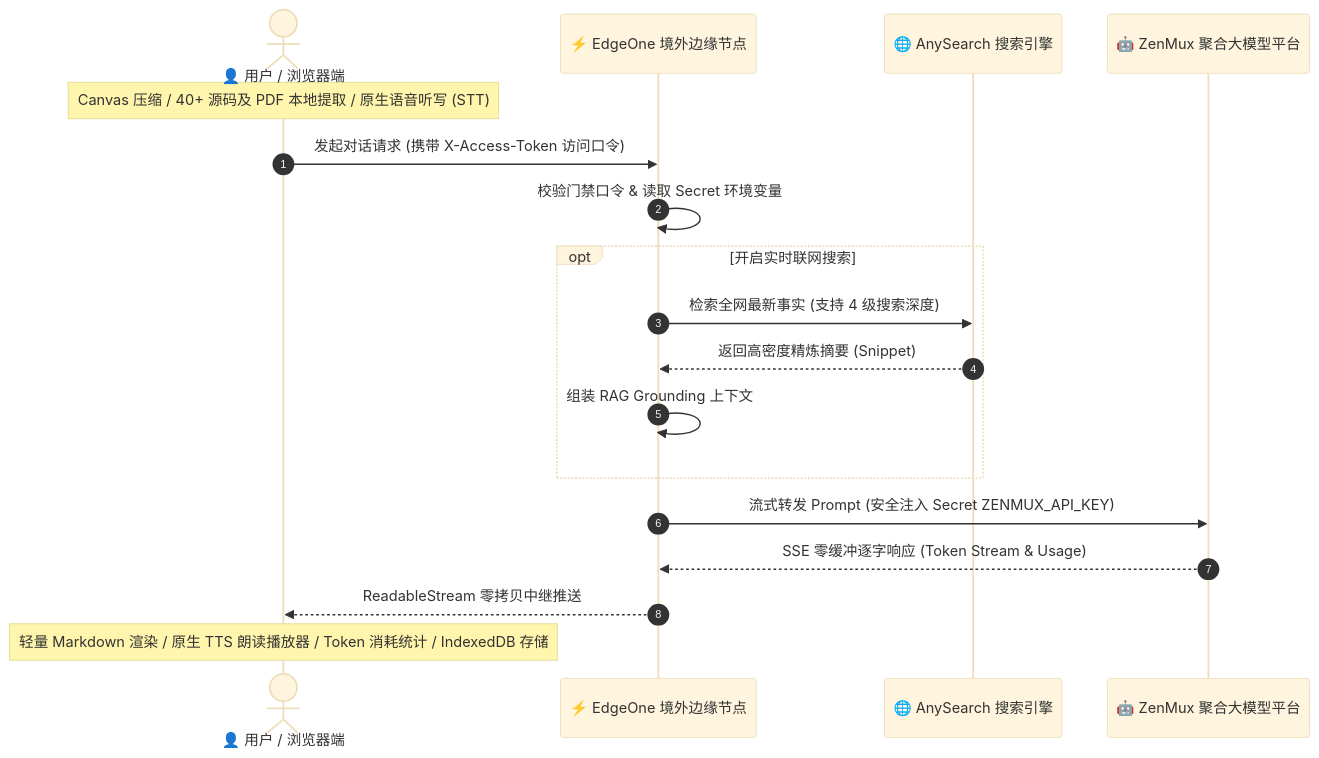
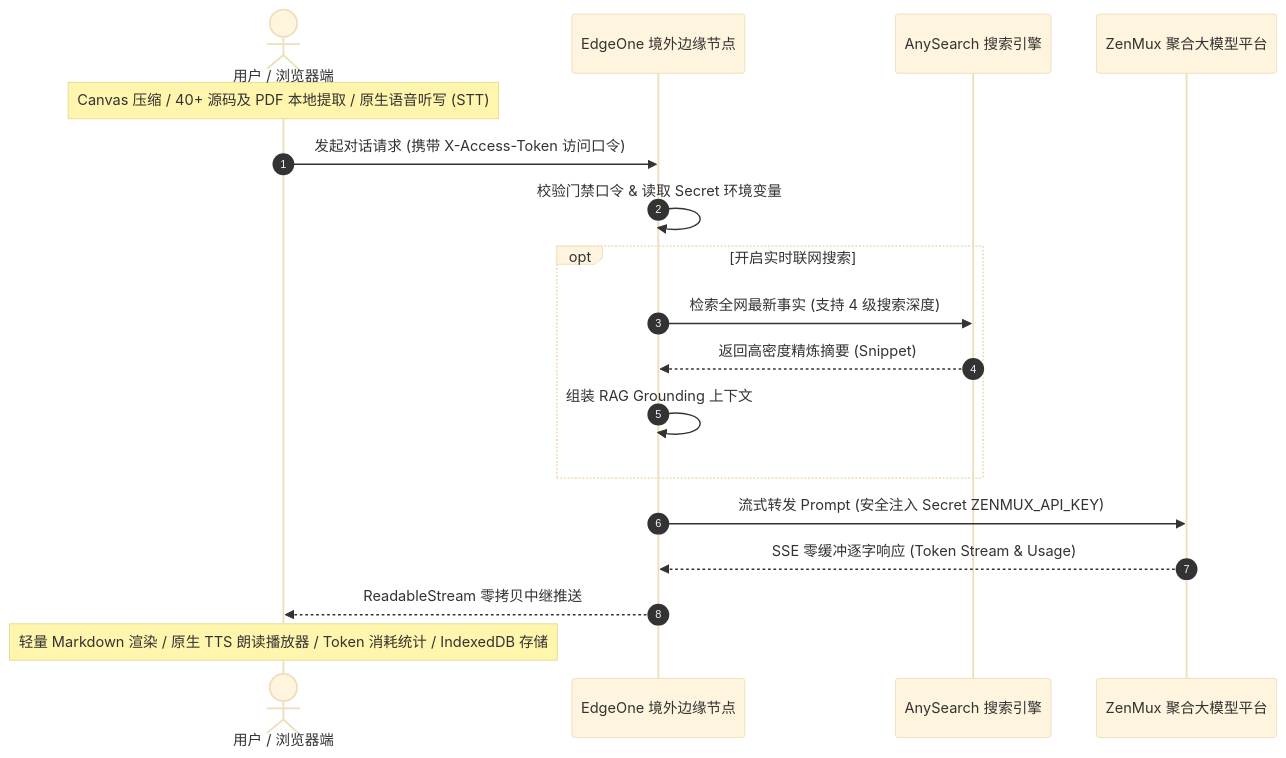
One commit to xinasuka/zenmux-chat changed the second of 2 diagrams in README.md. Above: the diagram before and after it, drawn with Mermaid (base theme). The commit also changed other lines of this file, not shown here.

````diff
--- a/README.md
+++ b/README.md
@@ -165,21 +165,21 @@
 ```mermaid
 sequenceDiagram
     autonumber
-    actor User as 👤 用户 / 浏览器端
-    participant Edge as ⚡ EdgeOne 境外边缘节点
-    participant Search as 🌐 AnySearch 搜索引擎
-    participant ZenMux as 🤖 ZenMux 聚合大模型平台
+    actor User as 用户 / 浏览器端
+    participant Edge as EdgeOne 境外边缘节点
+    participant Search as AnySearch 搜索引擎
+    participant ZenMux as ZenMux 聚合大模型平台
 
     Note over User: Canvas 压缩 / 40+ 源码及 PDF 本地提取 / 原生语音听写 (STT)
     User->>Edge: 发起对话请求 (携带 X-Access-Token 访问口令)
     Edge->>Edge: 校验门禁口令 & 读取 Secret 环境变量
     opt 开启实时联网搜索
         Edge->>Search: 检索全网最新事实 (支持 4 级搜索深度)
         Search-->>Edge: 返回高密度精炼摘要 (Snippet)
         Edge->>Edge: 组装 RAG Grounding 上下文
     end
     Edge->>ZenMux: 流式转发 Prompt (安全注入 Secret ZENMUX_API_KEY)
     ZenMux-->>Edge: SSE 零缓冲逐字响应 (Token Stream & Usage)
     Edge-->>User: ReadableStream 零拷贝中继推送
     Note over User: 轻量 Markdown 渲染 / 原生 TTS 朗读播放器 / Token 消耗统计 / IndexedDB 存储
 ```
````
